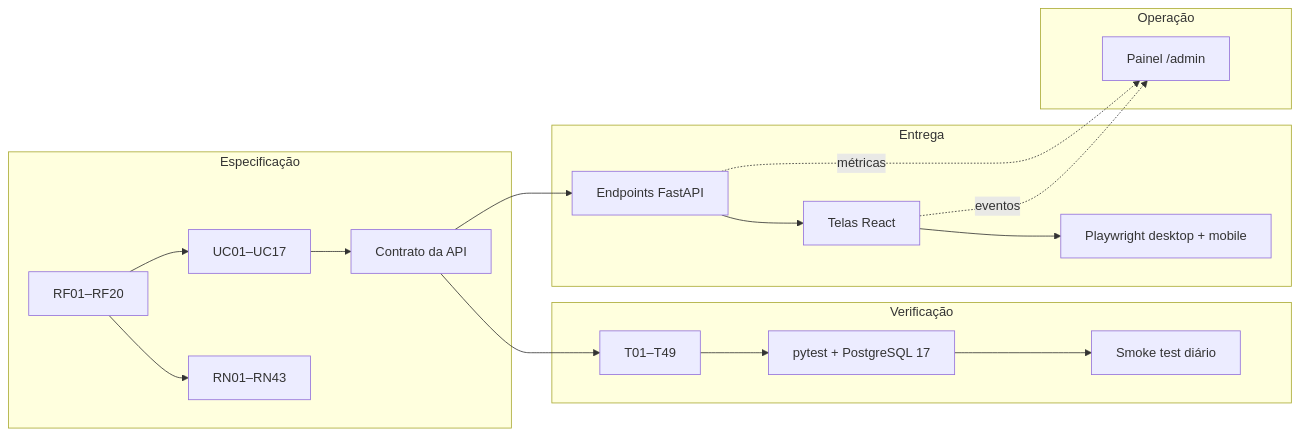
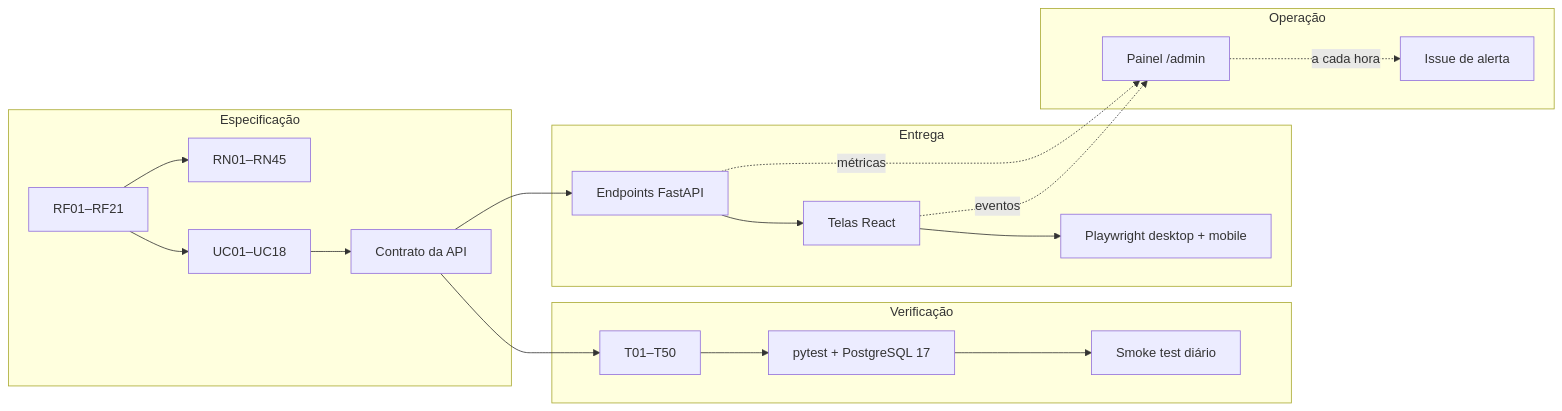
One commit to vsys-val/fastapi-merchant-app changed the diagram in docs/rastreabilidade.md. Above: the diagram before and after it, drawn with Mermaid. The commit also changed other lines of this file and 12 other files, not shown here.

````diff
--- a/docs/rastreabilidade.md
+++ b/docs/rastreabilidade.md
@@ -96,22 +99,23 @@
 ```mermaid
 flowchart LR
   subgraph Especificação
-    RF[RF01–RF20] --> RN[RN01–RN43]
-    RF --> UC[UC01–UC17]
+    RF[RF01–RF21] --> RN[RN01–RN45]
+    RF --> UC[UC01–UC18]
     UC --> CT[Contrato da API]
   end
   subgraph Verificação
-    CT --> T[T01–T49]
+    CT --> T[T01–T50]
     T --> PY[pytest + PostgreSQL 17]
     PY --> SM[Smoke test diário]
   end
   subgraph Entrega
     CT --> EP[Endpoints FastAPI]
     EP --> UI[Telas React]
     UI --> E2E[Playwright desktop + mobile]
   end
   subgraph Operação
     UI -. eventos .-> ADM[Painel /admin]
     EP -. métricas .-> ADM
+    ADM -. a cada hora .-> GH[Issue de alerta]
   end
 ```
````
